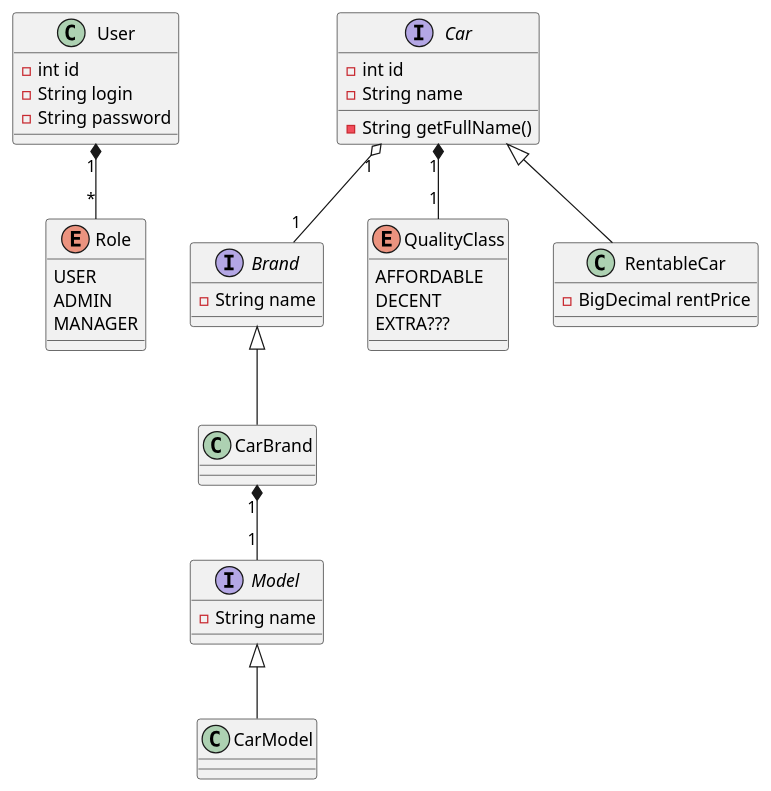
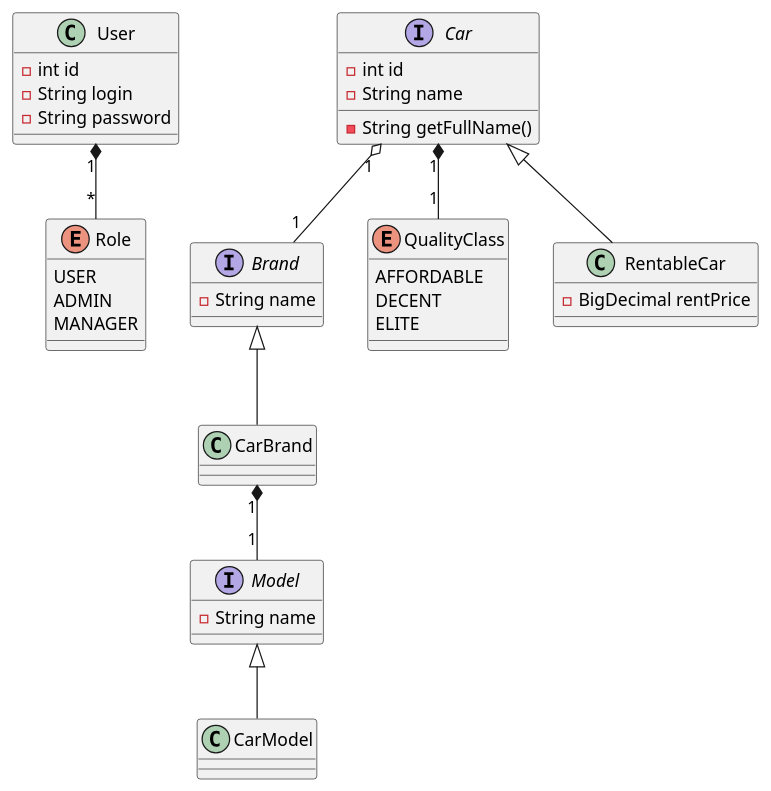
Before and after one commit to tandcode/car_rental: the diagram in car_rental.puml, drawn with PlantUML. The commit also changed 27 other files, not shown here.

```diff
--- a/car_rental.puml
+++ b/car_rental.puml
@@ -1,54 +1,54 @@
 @startuml
 'https://plantuml.com/class-diagram
 
 
 
 User "1" *-- "*" Role
 
 Car "1" o-- "1" Brand
 Car "1" *-- "1" QualityClass
 
 CarBrand "1" *-- "1" Model
 
 
 Car <|-- RentableCar
 Brand <|-- CarBrand
 Model <|-- CarModel
 
 class User {
 -int id
 -String login
 -String password
 }
 
 interface Car {
 -int id
 -String name
 -String getFullName()
 }
 
 class RentableCar {
 -BigDecimal rentPrice
 }
 
 interface Brand {
 -String name
 }
 
 interface Model {
 -String name
 }
 
 enum Role {
 USER
 ADMIN
 MANAGER
 }
 
 enum QualityClass {
 AFFORDABLE
 DECENT
-EXTRA???
+ELITE
 }
 
 @enduml
```
